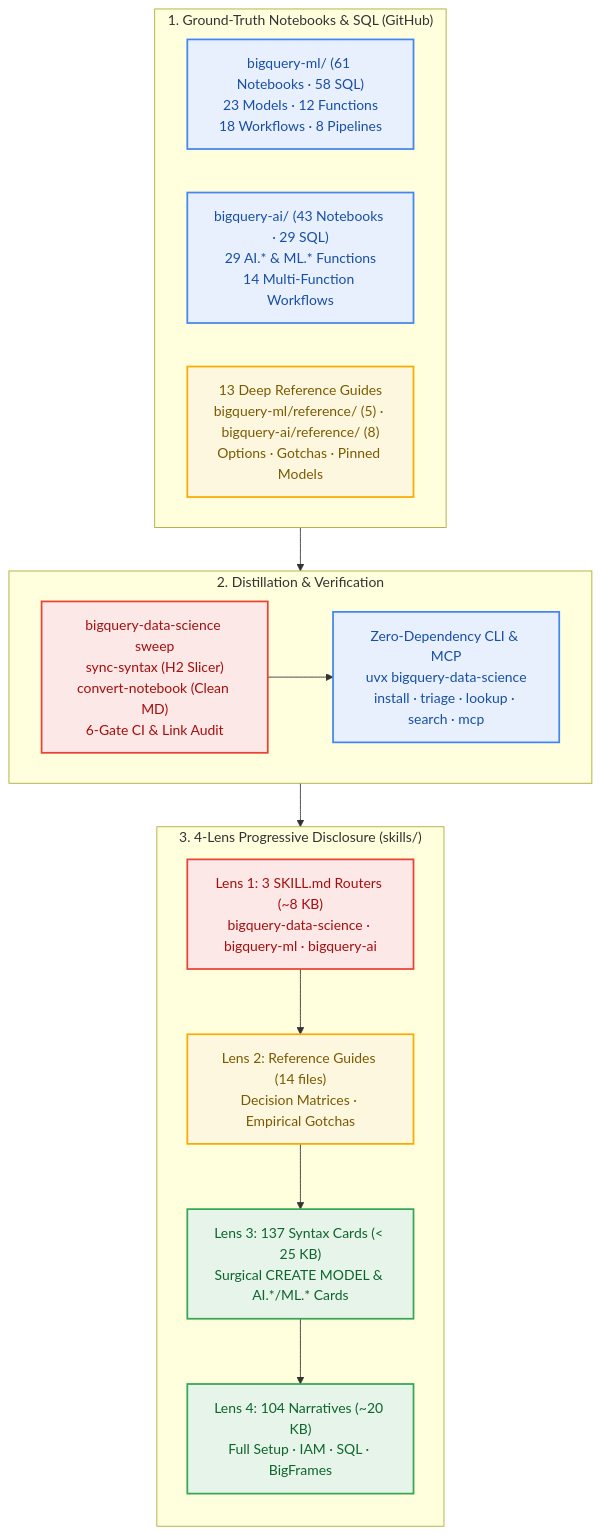
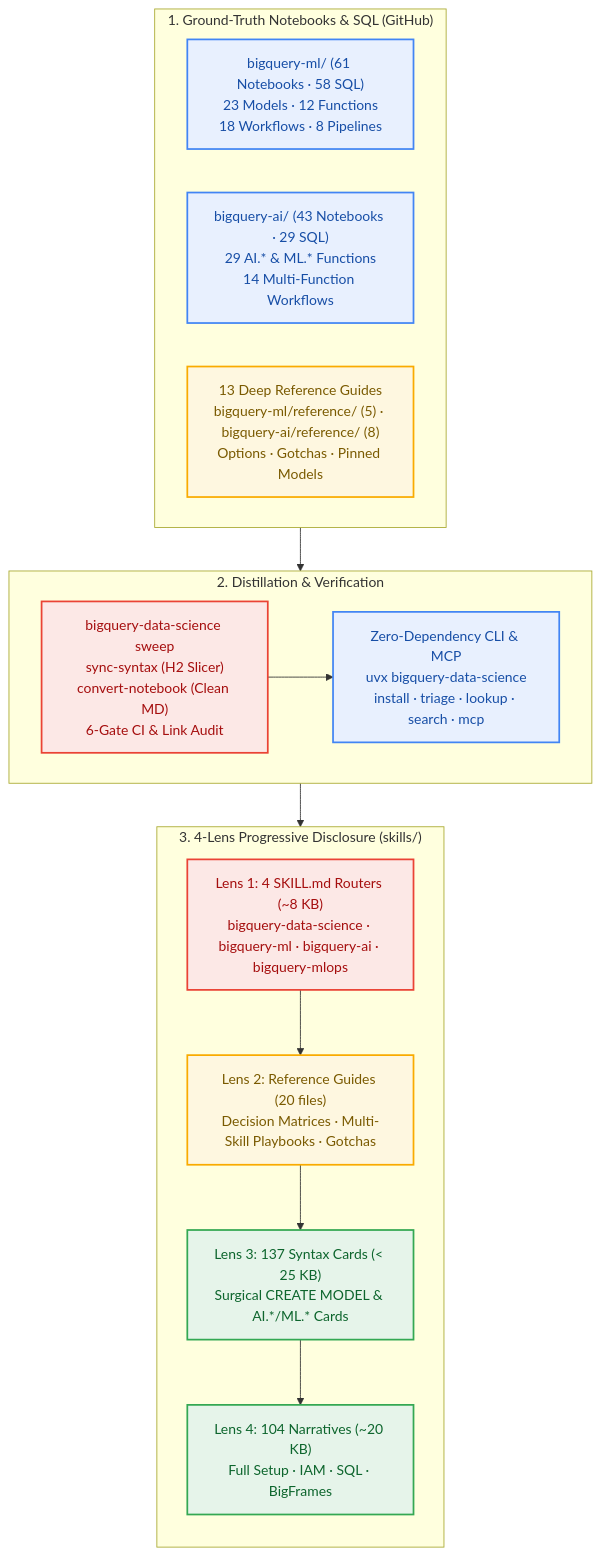
Before and after one commit to statmike/bigquery-data-science: the diagram in README.md, drawn with Mermaid. The commit also changed other lines of this file and 37 other files, not shown here.

Commit message:
feat(v0.10.0): add 4th skill bigquery-mlops, multi-skill ML+AI playbooks, and 7-stage navigator (P5.1-P5.5)

````diff
--- a/README.md
+++ b/README.md
@@ -14,34 +14,34 @@
 ```mermaid
 flowchart TD
     subgraph GT["1. Ground-Truth Notebooks & SQL (GitHub)"]
         direction LR
         BQML["bigquery-ml/ (61 Notebooks · 58 SQL)<br/>23 Models · 12 Functions<br/>18 Workflows · 8 Pipelines"]
         BQAI["bigquery-ai/ (43 Notebooks · 29 SQL)<br/>29 AI.* & ML.* Functions<br/>14 Multi-Function Workflows"]
         REFS["13 Deep Reference Guides<br/>bigquery-ml/reference/ (5) · bigquery-ai/reference/ (8)<br/>Options · Gotchas · Pinned Models"]
     end
     subgraph SYNC["2. Distillation & Verification"]
         direction LR
         SWEEP["bigquery-data-science sweep<br/>sync-syntax (H2 Slicer)<br/>convert-notebook (Clean MD)<br/>6-Gate CI & Link Audit"]
         CLI["Zero-Dependency CLI & MCP<br/>uvx bigquery-data-science<br/>install · triage · lookup · search · mcp"]
         SWEEP --> CLI
     end
     subgraph LENS["3. 4-Lens Progressive Disclosure (skills/)"]
         direction TB
-        L1["Lens 1: 3 SKILL.md Routers (~8 KB)<br/>bigquery-data-science · bigquery-ml · bigquery-ai"]
-        L2["Lens 2: Reference Guides (14 files)<br/>Decision Matrices · Empirical Gotchas"]
+        L1["Lens 1: 4 SKILL.md Routers (~8 KB)<br/>bigquery-data-science · bigquery-ml · bigquery-ai · bigquery-mlops"]
+        L2["Lens 2: Reference Guides (20 files)<br/>Decision Matrices · Multi-Skill Playbooks · Gotchas"]
         L3["Lens 3: 137 Syntax Cards (< 25 KB)<br/>Surgical CREATE MODEL & AI.*/ML.* Cards"]
         L4["Lens 4: 104 Narratives (~20 KB)<br/>Full Setup · IAM · SQL · BigFrames"]
         L1 --> L2 --> L3 --> L4
     end
 
     GT --> SYNC --> LENS
 
     classDef data fill:#E8F0FE,stroke:#4285F4,stroke-width:2px,color:#174EA6
     classDef config fill:#FEF7E0,stroke:#F9AB00,stroke-width:2px,color:#7A5A00
     classDef route fill:#FCE8E6,stroke:#EA4335,stroke-width:2px,color:#A50E0E
     classDef compute fill:#E6F4EA,stroke:#34A853,stroke-width:2px,color:#0D652D
     class BQML,BQAI,CLI data
     class REFS,L2 config
     class SWEEP,L1 route
     class L3,L4 compute
 ```
````
